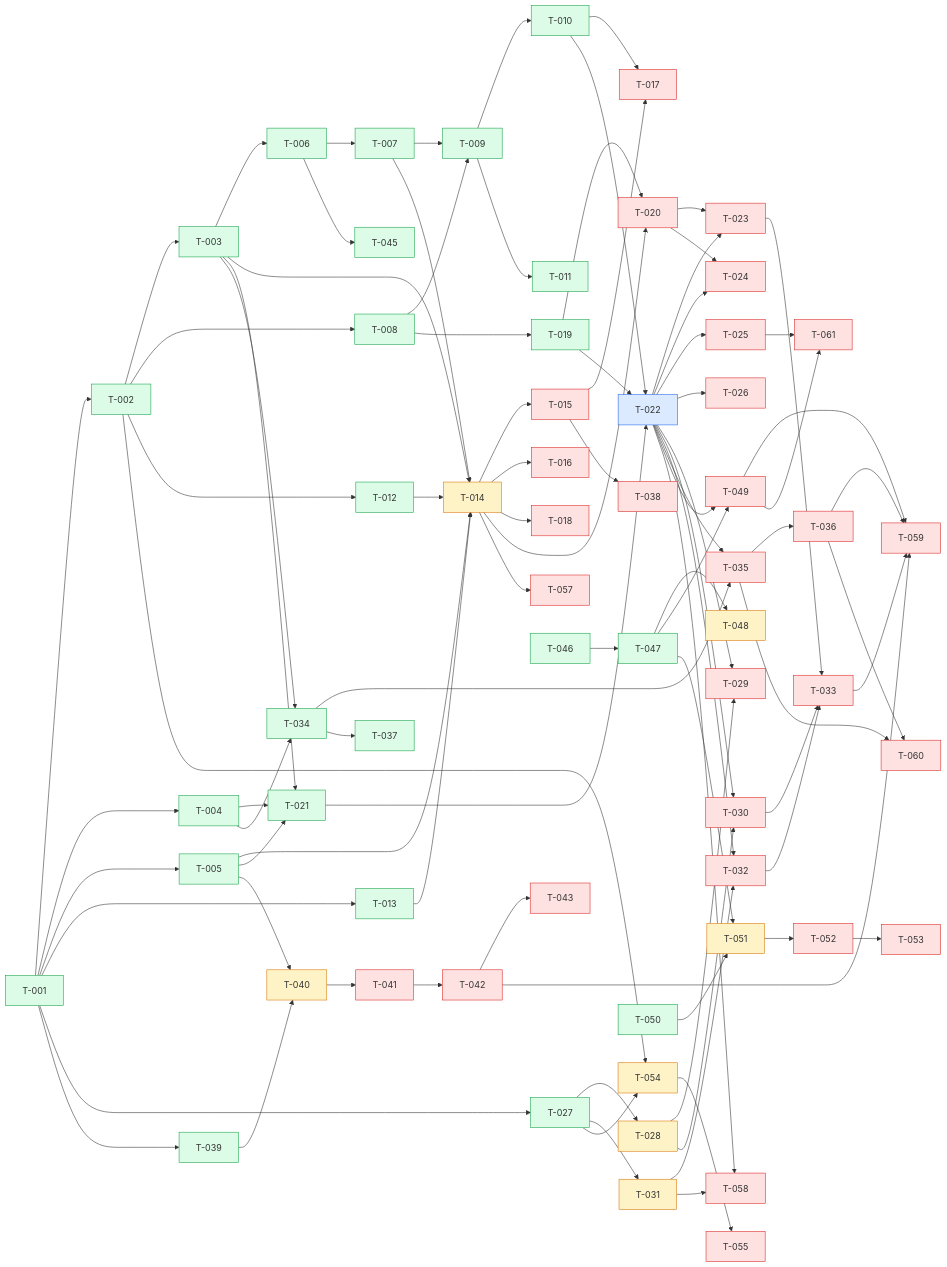
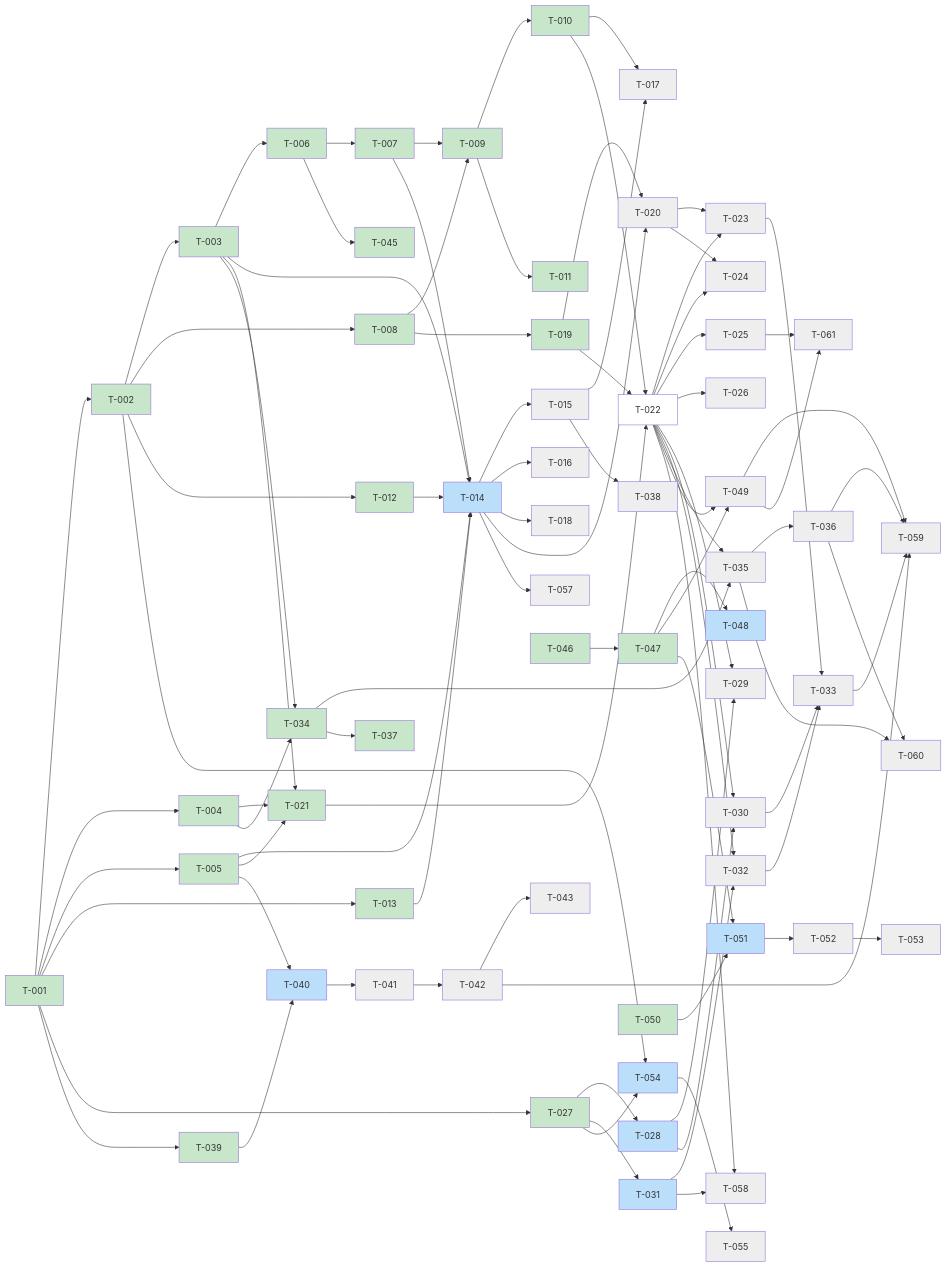
The diagram in kanban/BOARD.md (scholtz/biatec-chat), drawn with Mermaid before and after one commit. The commit also changed other lines of this file, not shown here.

Commit message:
kanban: sync board (merged tasks done, unblock dependants)

````diff
--- a/kanban/BOARD.md
+++ b/kanban/BOARD.md
@@ -183,71 +183,13 @@
   T036[T-036] --> T060[T-060]
   T025[T-025] --> T061[T-061]
   T049[T-049] --> T061[T-061]
-  classDef backlog fill:#dbeafe,stroke:#2563eb
-  classDef prog fill:#fef3c7,stroke:#d97706
-  classDef blocked fill:#fee2e2,stroke:#dc2626
-  classDef review fill:#ede9fe,stroke:#7c3aed
-  classDef done fill:#dcfce7,stroke:#16a34a
-  class T001 done
-  class T002 done
-  class T003 done
-  class T004 done
-  class T005 done
-  class T006 done
-  class T007 done
-  class T008 done
-  class T009 done
-  class T010 done
-  class T011 done
-  class T012 done
-  class T013 done
-  class T014 prog
-  class T015 blocked
-  class T016 blocked
-  class T017 blocked
-  class T018 blocked
-  class T019 done
-  class T020 blocked
-  class T021 done
+  classDef done fill:#c8e6c9
+  classDef review fill:#fff9c4
+  classDef inprogress fill:#bbdefb
+  classDef backlog fill:#ffffff
+  classDef blocked fill:#eeeeee
+  class T001,T002,T003,T004,T005,T006,T007,T008,T009,T010,T011,T012,T013,T019,T021,T027,T034,T037,T039,T044,T045,T046,T047,T050 done
+  class T014,T040,T028,T031,T048,T051,T054,T056 inprogress
   class T022 backlog
-  class T023 blocked
-  class T024 blocked
-  class T025 blocked
-  class T026 blocked
-  class T027 done
-  class T028 prog
-  class T029 blocked
-  class T030 blocked
-  class T031 prog
-  class T032 blocked
-  class T033 blocked
-  class T034 done
-  class T035 blocked
-  class T036 blocked
-  class T037 done
-  class T038 blocked
-  class T039 done
-  class T040 prog
-  class T041 blocked
-  class T042 blocked
-  class T043 blocked
-  class T044 done
-  class T045 done
-  class T046 done
-  class T047 done
-  class T048 prog
-  class T049 blocked
-  class T050 done
-  class T051 prog
-  class T052 blocked
-  class T053 blocked
-  class T054 prog
-  class T055 blocked
-  class T056 prog
-  class T057 blocked
-  class T058 blocked
-  class T059 blocked
-  class T060 blocked
-  class T061 blocked
-
+  class T015,T020,T023,T041,T042,T017,T024,T029,T030,T032,T033,T035,T036,T038,T049,T055,T059,T016,T018,T025,T026,T043,T052,T053,T057,T058,T060,T061 blocked
 ```
````
